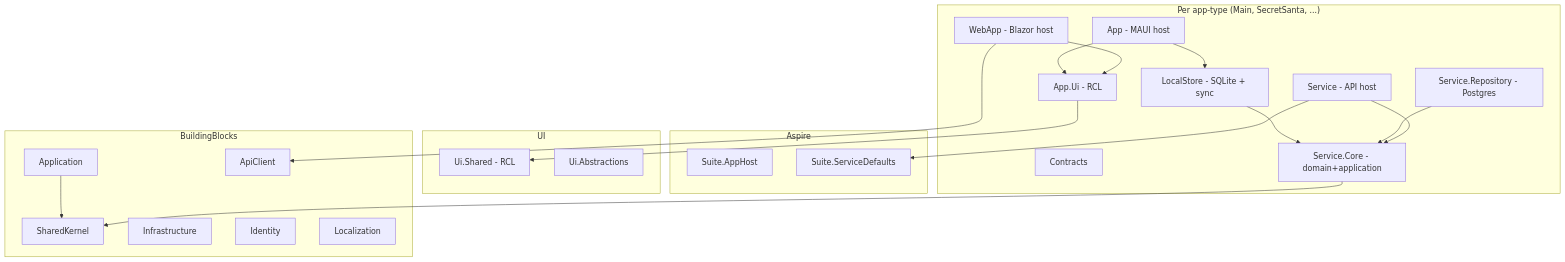
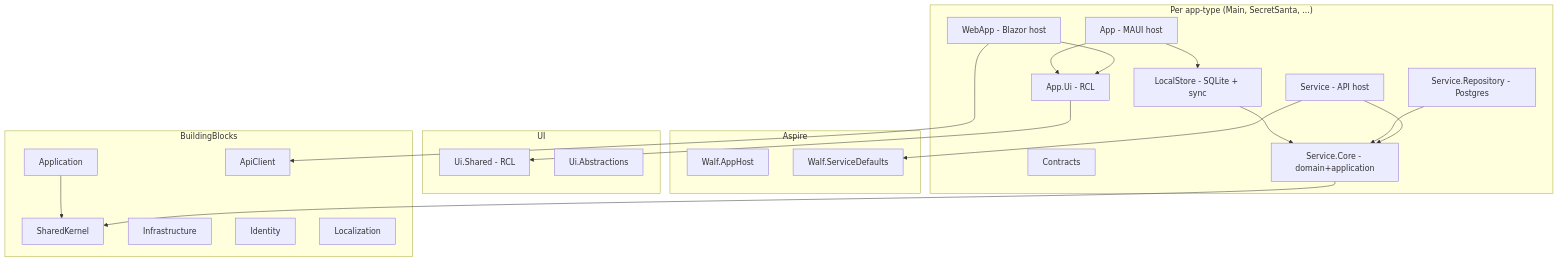
The diagram in docs/arc42/05-building-block-view.md (CircleTools-ch/circletools-suite), drawn with Mermaid before and after one commit. The commit also changed other lines of this file and 226 other files, not shown here.

First line of the commit message:
refactor(naming): finalize brand as "Walf" and replace `Suite` placeholder

````diff
--- a/docs/arc42/05-building-block-view.md
+++ b/docs/arc42/05-building-block-view.md
@@ -15,40 +15,40 @@
 ```mermaid
 flowchart TD
     subgraph Aspire
-        AppHost[Suite.AppHost]
-        Defaults[Suite.ServiceDefaults]
+        AppHost[Walf.AppHost]
+        Defaults[Walf.ServiceDefaults]
     end
     subgraph BuildingBlocks
         SK[SharedKernel]
         App[Application]
         Infra[Infrastructure]
         Id[Identity]
         Loc[Localization]
         ApiC[ApiClient]
     end
     subgraph UI
         UiShared[Ui.Shared - RCL]
         UiAbs[Ui.Abstractions]
     end
     subgraph AppType["Per app-type (Main, SecretSanta, ...)"]
         Contracts
         Core[Service.Core - domain+application]
         Repo[Service.Repository - Postgres]
         Svc[Service - API host]
         AppUi[App.Ui - RCL]
         WebApp[WebApp - Blazor host]
         Native[App - MAUI host]
         Local[LocalStore - SQLite + sync]
     end
 
     Svc --> Core
     Repo --> Core
     Local --> Core
     Core --> SK
     App --> SK
     WebApp --> AppUi --> UiShared
     Native --> AppUi
     Native --> Local
     WebApp --> ApiC
     Svc --> Defaults
 ```
````
